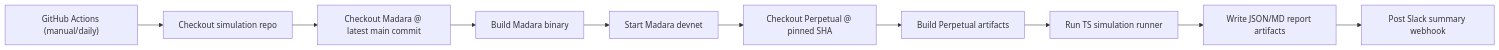
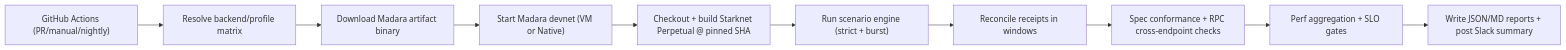
The diagram in README.md (Mohiiit/madara-perpetual-simulation), drawn with Mermaid before and after one commit. The commit also changed other lines of this file and 38 other files, not shown here.

First line of the commit message:
fix(ci): install llvm19 toolchain for madara build (#1)

````diff
--- a/README.md
+++ b/README.md
@@ -15,12 +17,12 @@
 ```mermaid
 flowchart LR
-A["GitHub Actions (manual/daily)"] --> B["Checkout simulation repo"]
-B --> C["Checkout Madara @ latest main commit"]
-C --> D["Build Madara binary"]
-D --> E["Start Madara devnet"]
-E --> F["Checkout Perpetual @ pinned SHA"]
-F --> G["Build Perpetual artifacts"]
-G --> H["Run TS simulation runner"]
-H --> I["Write JSON/MD report artifacts"]
-I --> J["Post Slack summary webhook"]
+A["GitHub Actions (PR/manual/nightly)"] --> B["Resolve backend/profile matrix"]
+B --> C["Download Madara artifact binary"]
+C --> D["Start Madara devnet (VM or Native)"]
+D --> E["Checkout + build Starknet Perpetual @ pinned SHA"]
+E --> F["Run scenario engine (strict + burst)"]
+F --> G["Reconcile receipts in windows"]
+G --> H["Spec conformance + RPC cross-endpoint checks"]
+H --> I["Perf aggregation + SLO gates"]
+I --> J["Write JSON/MD reports + post Slack summary"]
 ```
````
